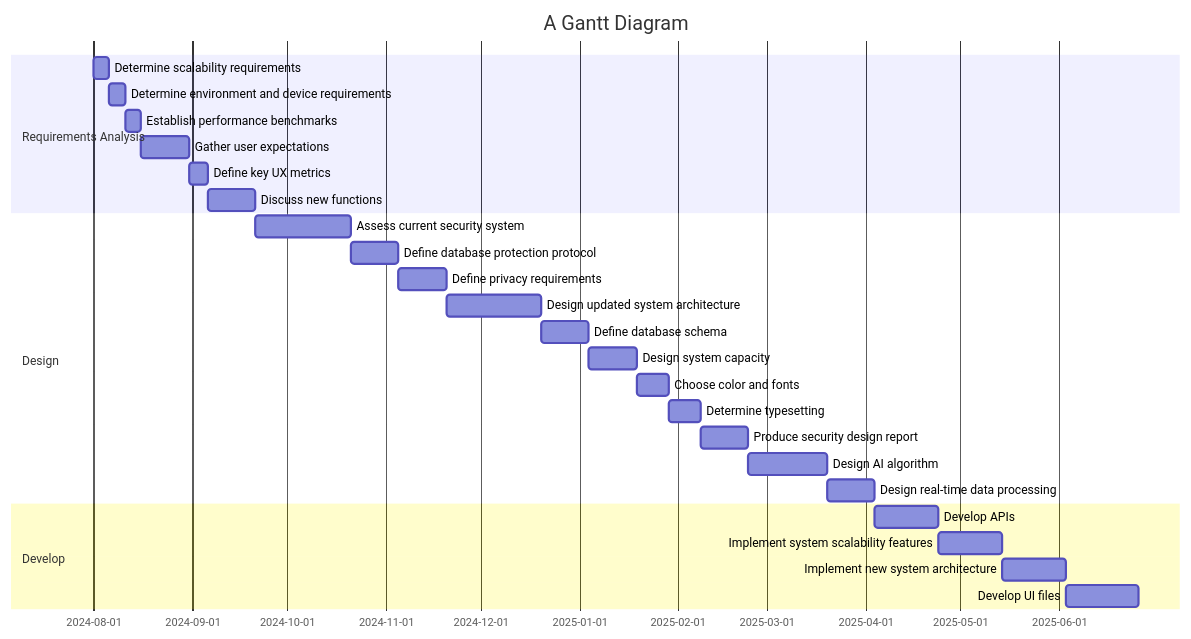
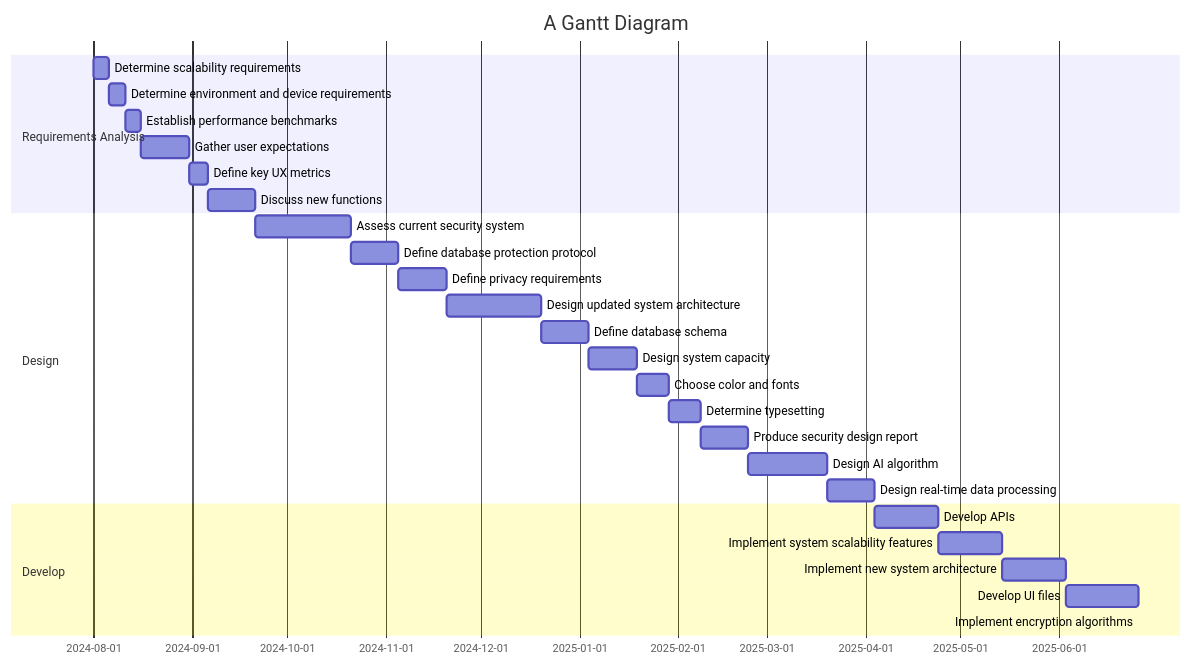
Before and after one commit to sayshelley/iodraw-files: the diagram in all/Untitled.md, drawn with Mermaid.

Commit message:
2024-10-04 22:49:13 update

````diff
--- a/all/Untitled.md
+++ b/all/Untitled.md
@@ -1,34 +1,34 @@
 ```mermaid
 gantt
     title A Gantt Diagram
     dateFormat  YYYY-MM-DD
     section Requirements Analysis
     Determine scalability requirements :a1, 2024-08-01, 5d
     Determine environment and device requirements :a2, after a1, 5d
     Establish performance benchmarks: a3, after a2, 5d
     Gather user expectations: a4, after a3, 15d
     Define key UX metrics : a5, after a4, 6d
     Discuss new functions: a6, after a5, 15d
     section Design
     Assess current security system:b1, after a6, 30d
     Define database protection protocol: b2, after b1, 15d
     Define privacy requirements: b3, after b2, 15d
     Design updated system architecture: b4, after b3, 30d
     Define database schema: b5, after b4, 15d
     Design system capacity: b6, after b5, 15d
     Choose color and fonts: b7, after b6, 10d
     Determine typesetting: b8, after b7, 10d
     Produce security design report: b9, after b8, 15d
     Design AI algorithm: b10, after b9, 25d
     Design real-time data processing: b11, after b10, 15d
     section Develop
     Develop APIs: c1, after b11, 20d
     Implement system scalability features: c2, after c1, 20d
     Implement new system architecture: c3, after c2, 20d
     Develop UI files: c4, after c3, 23d
-    
+    Implement encryption algorithms: 
     
 
 
    
 ```
````
